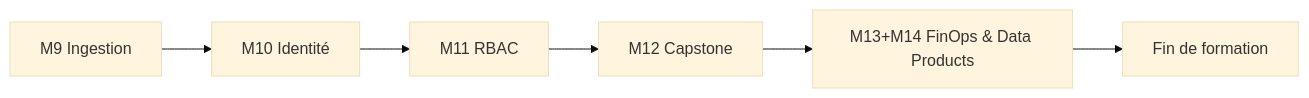
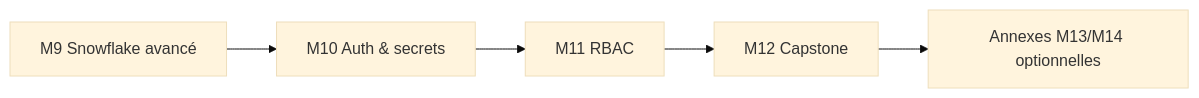
Before and after one commit to msellamiTN/data-plateform-iac: the diagram in courses/day-05/README.md, drawn with Mermaid (base theme). The commit also changed other lines of this file and 142 other files, not shown here.

````diff
--- a/courses/day-05/README.md
+++ b/courses/day-05/README.md
@@ -39,8 +35,7 @@
 ```mermaid
 flowchart LR
-    M9[M9 Ingestion] --> M10[M10 Identité]
+    M9[M9 Snowflake avancé] --> M10[M10 Auth & secrets]
     M10 --> M11[M11 RBAC]
     M11 --> M12[M12 Capstone]
-    M12 --> M13[M13+M14 FinOps & Data Products]
-    M13 --> END[Fin de formation]
+    M12 --> ANNEXES[Annexes M13/M14 optionnelles]
 ```
````
